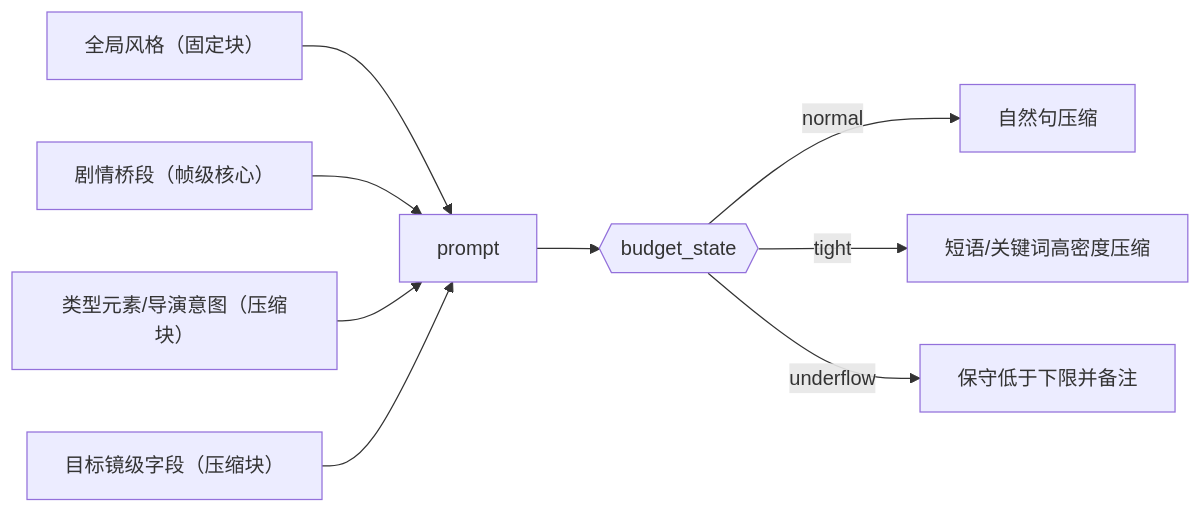
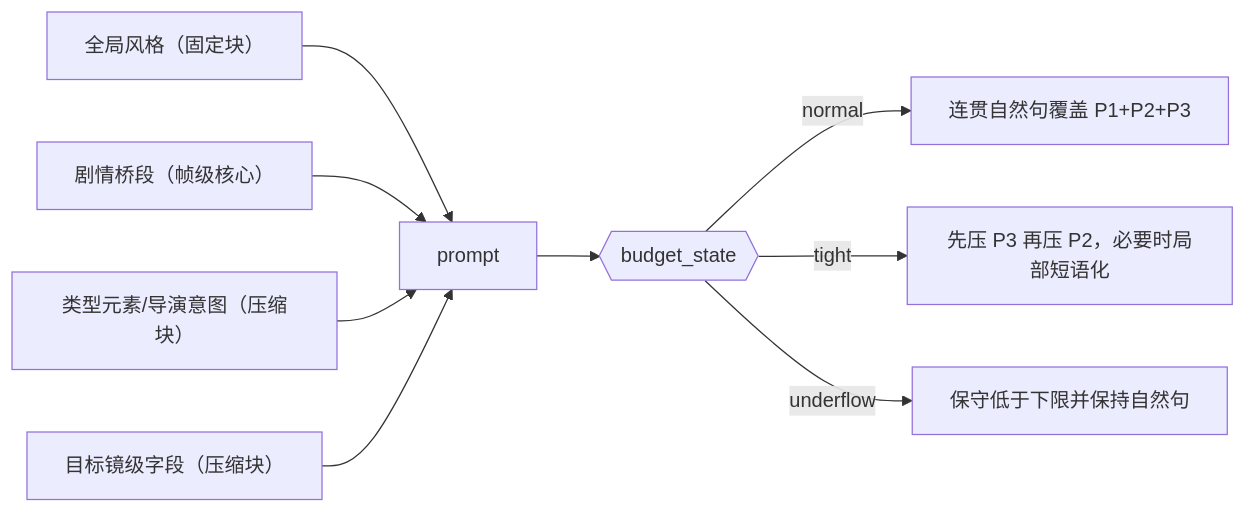
The third of 4 diagrams in .agents/skills/aigc/6-Video/1-提示词蒸馏/首帧参照/SKILL.md (ZEN-VOID/AI-CUT), drawn with Mermaid before and after one commit. The commit also changed other lines of this file and 307 other files, not shown here.

````diff
--- a/.agents/skills/aigc/6-Video/1-提示词蒸馏/首帧参照/SKILL.md
+++ b/.agents/skills/aigc/6-Video/1-提示词蒸馏/首帧参照/SKILL.md
@@ -184,11 +241,11 @@
 ```mermaid
 flowchart LR
     A["全局风格（固定块）"] --> E["prompt"]
     B["剧情桥段（帧级核心）"] --> E
     C["类型元素/导演意图（压缩块）"] --> E
     D["目标镜级字段（压缩块）"] --> E
     E --> F{{"budget_state"}}
-    F -->|"normal"| G["自然句压缩"]
-    F -->|"tight"| H["短语/关键词高密度压缩"]
-    F -->|"underflow"| I["保守低于下限并备注"]
+    F -->|"normal"| G["连贯自然句覆盖 P1+P2+P3"]
+    F -->|"tight"| H["先压 P3 再压 P2，必要时局部短语化"]
+    F -->|"underflow"| I["保守低于下限并保持自然句"]
 ```
````
